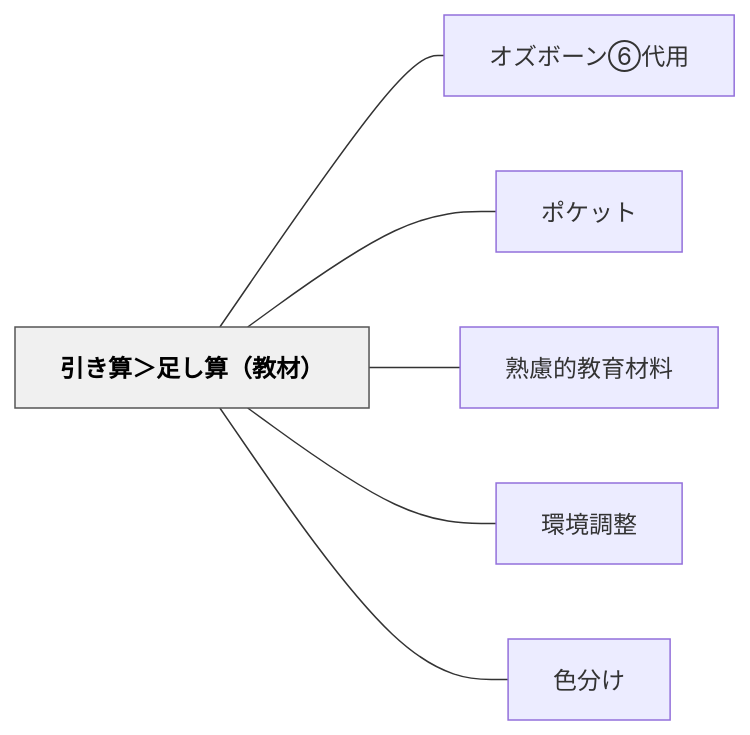
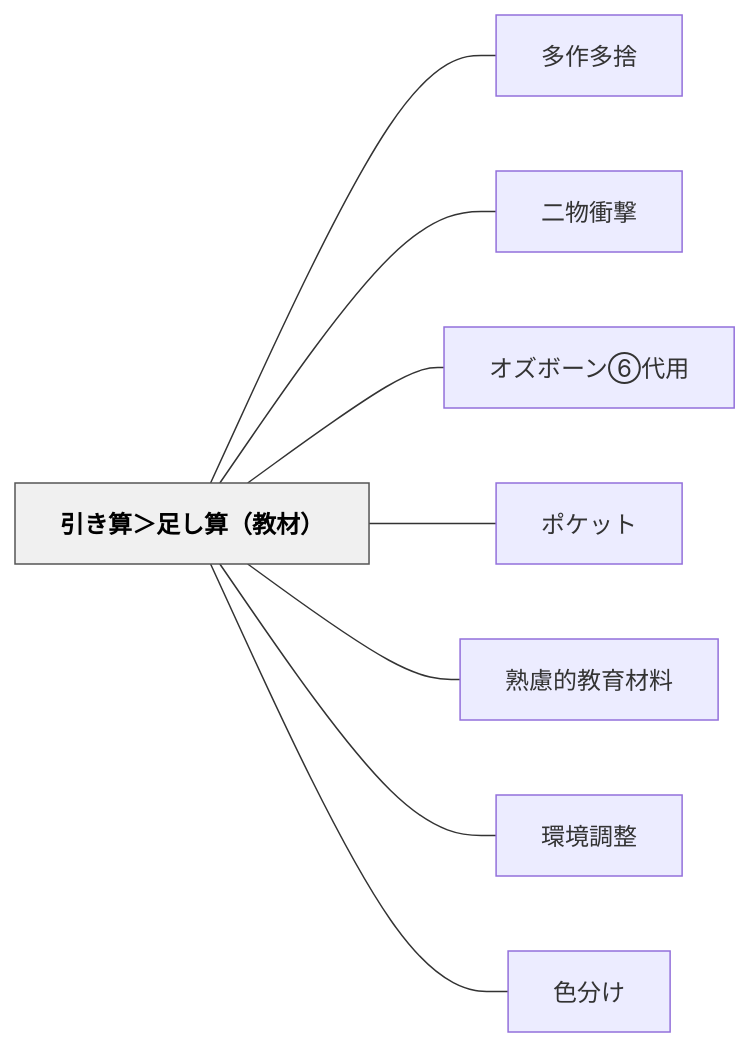
The diagram in content/パタン/引き算＞足し算（教材）.md (unknownthings-ed-patterns/unknownthings-ed-patterns), drawn with Mermaid before and after one commit. The commit also changed other lines of this file and 185 other files, not shown here.

````diff
--- a/content/パタン/引き算＞足し算（教材）.md
+++ b/content/パタン/引き算＞足し算（教材）.md
@@ -104,18 +106,22 @@
 ```mermaid
 flowchart LR
     ne5bc95e3818de7ae97efbc9ee8b6b3e38197e7ae97efbc88e69599e69d90efbc89["引き算＞足し算（教材）"]
+    ne5a49ae4bd9ce5a49ae68da8["多作多捨"]
+    ne4ba8ce789a9e8a19de69283["二物衝撃"]
     ne382aae382bae3839ce383bce383b3e291a5e4bba3e794a8["オズボーン⑥代用"]
     ne3839de382b1e38383e38388["ポケット"]
     ne7869fe685aee79a84e69599e882b2e69d90e69699["熟慮的教育材料"]
     ne792b0e5a283e8aabfe695b4["環境調整"]
     ne889b2e58886e38191["色分け"]
 
+    ne5bc95e3818de7ae97efbc9ee8b6b3e38197e7ae97efbc88e69599e69d90efbc89 --- ne5a49ae4bd9ce5a49ae68da8
+    ne5bc95e3818de7ae97efbc9ee8b6b3e38197e7ae97efbc88e69599e69d90efbc89 --- ne4ba8ce789a9e8a19de69283
     ne5bc95e3818de7ae97efbc9ee8b6b3e38197e7ae97efbc88e69599e69d90efbc89 --- ne382aae382bae3839ce383bce383b3e291a5e4bba3e794a8
     ne5bc95e3818de7ae97efbc9ee8b6b3e38197e7ae97efbc88e69599e69d90efbc89 --- ne3839de382b1e38383e38388
     ne5bc95e3818de7ae97efbc9ee8b6b3e38197e7ae97efbc88e69599e69d90efbc89 --- ne7869fe685aee79a84e69599e882b2e69d90e69699
     ne5bc95e3818de7ae97efbc9ee8b6b3e38197e7ae97efbc88e69599e69d90efbc89 --- ne792b0e5a283e8aabfe695b4
     ne5bc95e3818de7ae97efbc9ee8b6b3e38197e7ae97efbc88e69599e69d90efbc89 --- ne889b2e58886e38191
 
     classDef hub fill:#f0f0f0,stroke:#555,color:#000,font-weight:bold
     class ne5bc95e3818de7ae97efbc9ee8b6b3e38197e7ae97efbc88e69599e69d90efbc89 hub
 ```
````
